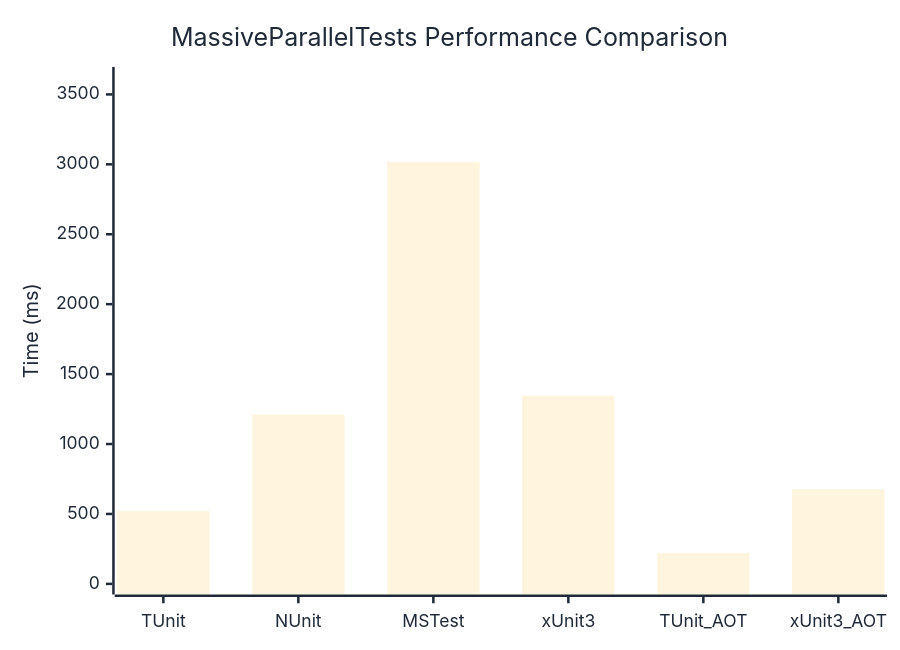
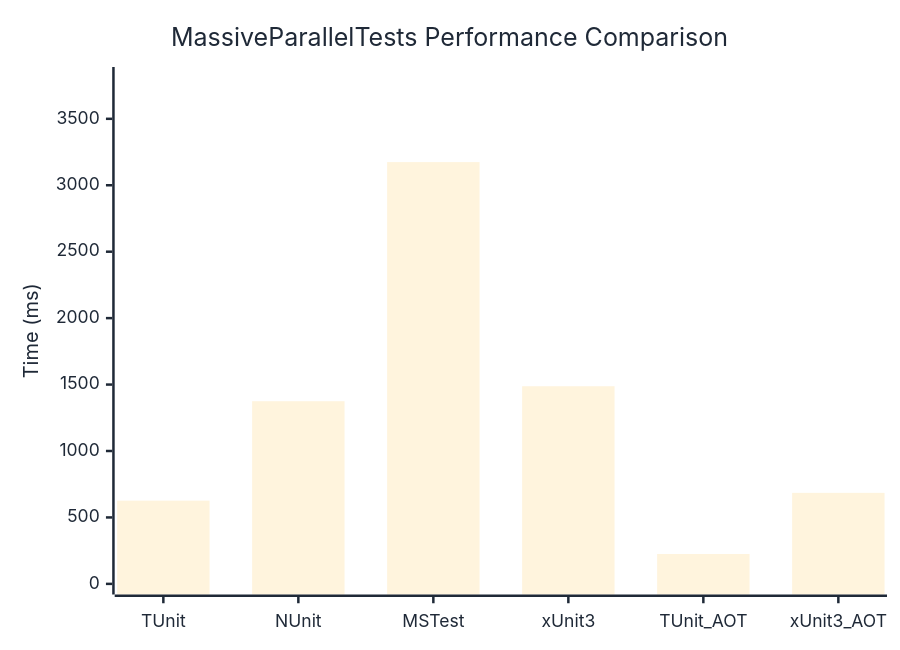
The diagram in docs/docs/benchmarks/engine/MassiveParallelTests.md (thomhurst/TUnit), drawn with Mermaid before and after one commit. The commit also changed other lines of this file and 17 other files, not shown here.

````diff
--- a/docs/docs/benchmarks/engine/MassiveParallelTests.md
+++ b/docs/docs/benchmarks/engine/MassiveParallelTests.md
@@ -30,37 +30,37 @@
 ```mermaid
 %%{init: {
   'theme':'base',
   'themeVariables': {
     'primaryColor': '#2563eb',
     'primaryTextColor': '#1f2937',
     'primaryBorderColor': '#1e40af',
     'lineColor': '#6b7280',
     'secondaryColor': '#7c3aed',
     'tertiaryColor': '#dc2626',
     'background': '#ffffff',
     'mainBkg': '#2563eb',
     'secondBkg': '#7c3aed',
     'tertiaryBkg': '#dc2626',
     'clusterBkg': '#f3f4f6',
     'edgeLabelBackground': '#ffffff',
     'tertiaryTextColor': '#1f2937',
     'pie1': '#2563eb',
     'pie2': '#7c3aed',
     'pie3': '#dc2626',
     'pie4': '#f59e0b',
     'pie5': '#10b981',
     'pie6': '#06b6d4',
     'pie7': '#ec4899',
     'pie8': '#6366f1',
     'pie9': '#84cc16',
     'pie10': '#f97316',
     'pie11': '#14b8a6',
     'pie12': '#a855f7'
   }
 }}%%
 xychart-beta
   title "MassiveParallelTests Performance Comparison"
   x-axis ["TUnit", "NUnit", "MSTest", "xUnit3", "TUnit_AOT", "xUnit3_AOT"]
-  y-axis "Time (ms)" 0 --> 3620
-  bar [520.8, 1209.9, 3016.2, 1345.5, 221.5, 676.6]
+  y-axis "Time (ms)" 0 --> 3810
+  bar [626.4, 1374.7, 3174.2, 1487.4, 224.8, 685]
 ```
````
